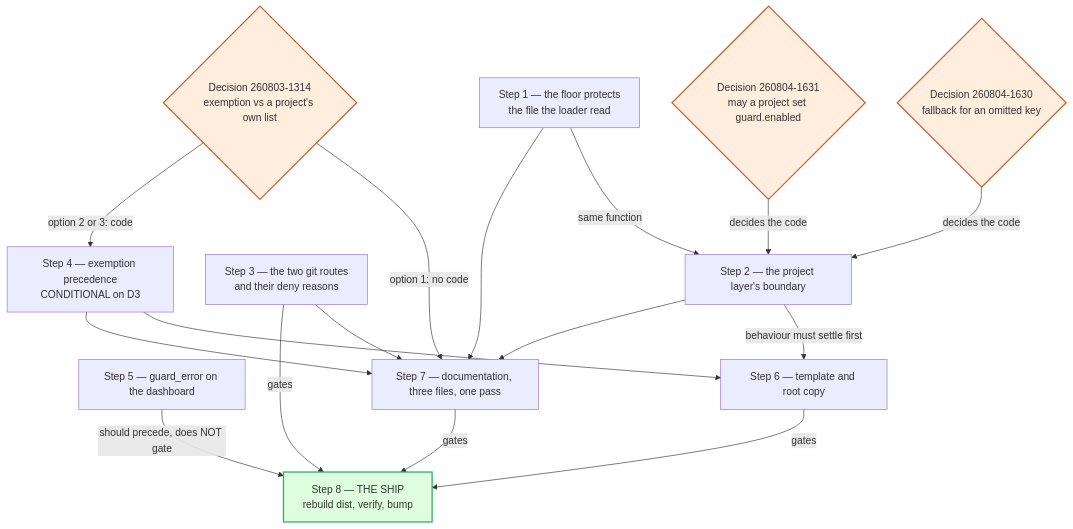
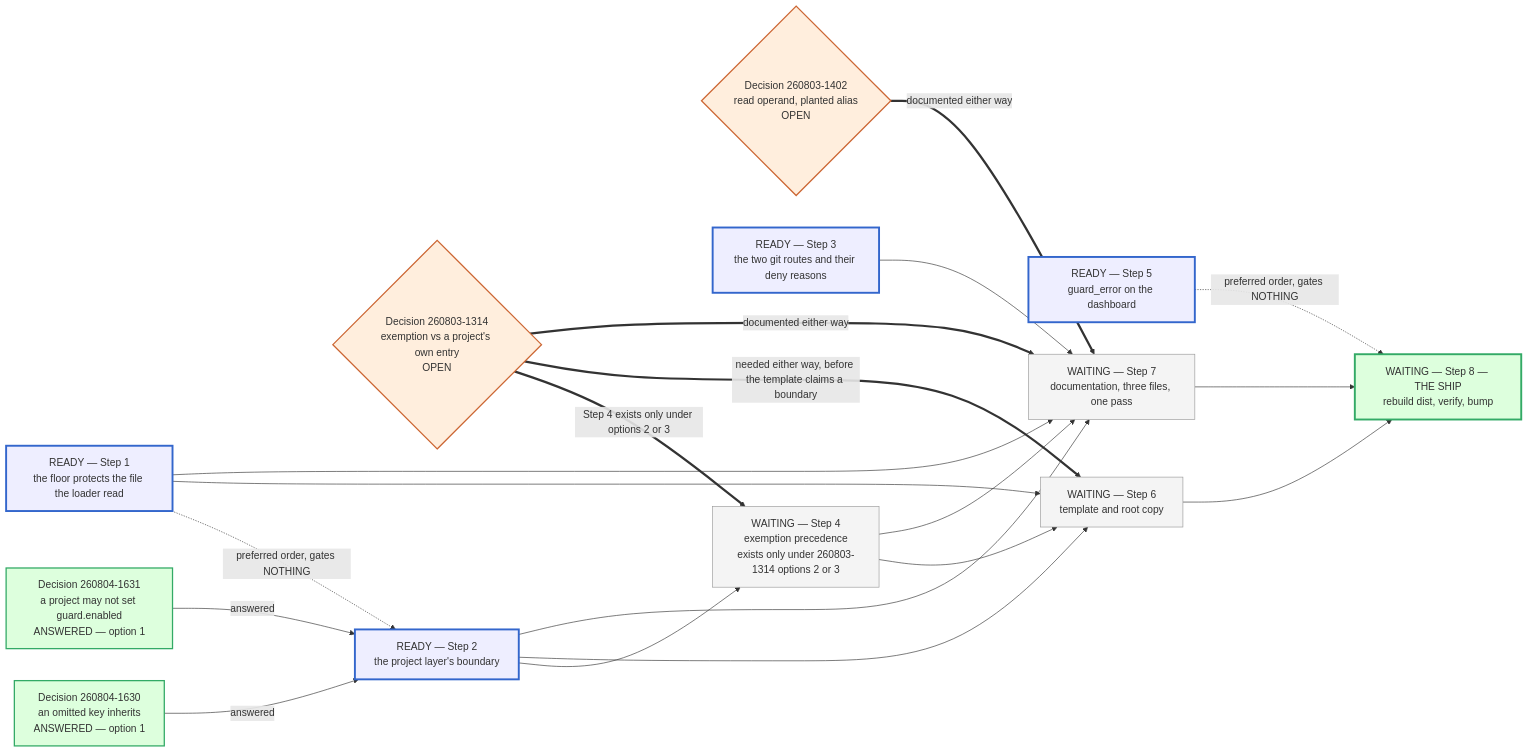
One commit to tenzoki/fusion changed the second of 2 diagrams in fusion-workbench/circles/260801-1244-guard-rules-write/planning/260804-1633_o_plan-c5b-remediation-and-ship.md. Above: the diagram before and after it, drawn with Mermaid. The commit also changed other lines of this file and 4 other files, not shown here.

First line of the commit message:
plan(guard): fold the two answers into the plan, and repair its diagrams

````diff
--- a/fusion-workbench/circles/260801-1244-guard-rules-write/planning/260804-1633_o_plan-c5b-remediation-and-ship.md
+++ b/fusion-workbench/circles/260801-1244-guard-rules-write/planning/260804-1633_o_plan-c5b-remediation-and-ship.md
@@ -130,37 +166,49 @@
 ```mermaid
-flowchart TD
-  D1{"Decision 260804-1630<br/>fallback for an omitted key"}
-  D2{"Decision 260804-1631<br/>may a project set guard.enabled"}
-  D3{"Decision 260803-1314<br/>exemption vs a project's own list"}
+flowchart LR
+  D1["Decision 260804-1630<br/>an omitted key inherits<br/>ANSWERED — option 1"]
+  D2["Decision 260804-1631<br/>a project may not set guard.enabled<br/>ANSWERED — option 1"]
+  D3{"Decision 260803-1314<br/>exemption vs a project's own entry<br/>OPEN"}
+  D4{"Decision 260803-1402<br/>read operand, planted alias<br/>OPEN"}
 
-  S1["Step 1 — the floor protects<br/>the file the loader read"]
-  S2["Step 2 — the project layer's boundary"]
-  S3["Step 3 — the two git routes<br/>and their deny reasons"]
-  S4["Step 4 — exemption precedence<br/>CONDITIONAL on D3"]
-  S5["Step 5 — guard_error on the dashboard"]
-  S6["Step 6 — template and root copy"]
-  S7["Step 7 — documentation, three files, one pass"]
-  S8["Step 8 — THE SHIP<br/>rebuild dist, verify, bump"]
+  S1["READY — Step 1<br/>the floor protects the file the loader read"]
+  S2["READY — Step 2<br/>the project layer's boundary"]
+  S3["READY — Step 3<br/>the two git routes and their deny reasons"]
+  S5["READY — Step 5<br/>guard_error on the dashboard"]
 
-  D1 -->|"decides the code"| S2
-  D2 -->|"decides the code"| S2
-  D3 -->|"option 1: no code"| S7
-  D3 -->|"option 2 or 3: code"| S4
+  S4["WAITING — Step 4<br/>exemption precedence<br/>exists only under 260803-1314 options 2 or 3"]
+  S6["WAITING — Step 6<br/>template and root copy"]
+  S7["WAITING — Step 7<br/>documentation, three files, one pass"]
+  S8["WAITING — Step 8 — THE SHIP<br/>rebuild dist, verify, bump"]
 
-  S1 -->|"same function"| S2
-  S2 -->|"behaviour must settle first"| S6
+  D1 -->|"answered"| S2
+  D2 -->|"answered"| S2
+
+  D3 ==>|"Step 4 exists only under options 2 or 3"| S4
+  D3 ==>|"needed either way, before the template claims a boundary"| S6
+  D3 ==>|"documented either way"| S7
+  D4 ==>|"documented either way"| S7
+
+  S1 -.->|"preferred order, gates NOTHING"| S2
+  S2 --> S4
+  S1 --> S6
+  S2 --> S6
   S4 --> S6
   S1 --> S7
   S2 --> S7
   S3 --> S7
   S4 --> S7
-  S5 -->|"should precede, does NOT gate"| S8
-  S6 -->|"gates"| S8
-  S7 -->|"gates"| S8
-  S3 -->|"gates"| S8
+  S6 --> S8
+  S7 --> S8
+  S5 -.->|"preferred order, gates NOTHING"| S8
 
-  classDef gate fill:#fed,stroke:#c63,stroke-width:2px
-  classDef ship fill:#dfd,stroke:#3a6,stroke-width:2px
-  class D1,D2,D3 gate
+  classDef answered fill:#dfd,stroke:#3a6,stroke-width:2px
+  classDef openq fill:#fed,stroke:#c63,stroke-width:2px
+  classDef ready fill:#eef,stroke:#36c,stroke-width:3px
+  classDef waiting fill:#f4f4f4,stroke:#999,stroke-width:1px
+  classDef ship fill:#dfd,stroke:#3a6,stroke-width:3px
+  class D1,D2 answered
+  class D3,D4 openq
+  class S1,S2,S3,S5 ready
+  class S4,S6,S7 waiting
   class S8 ship
 ```
````
